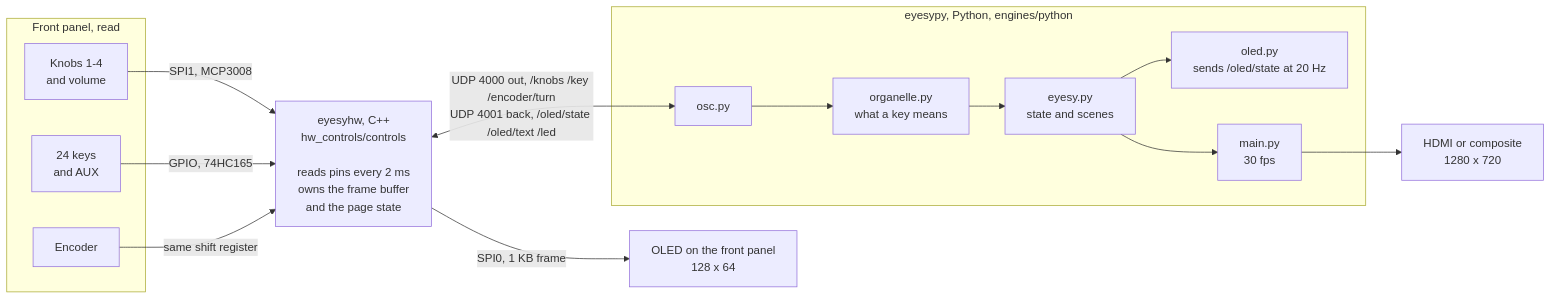
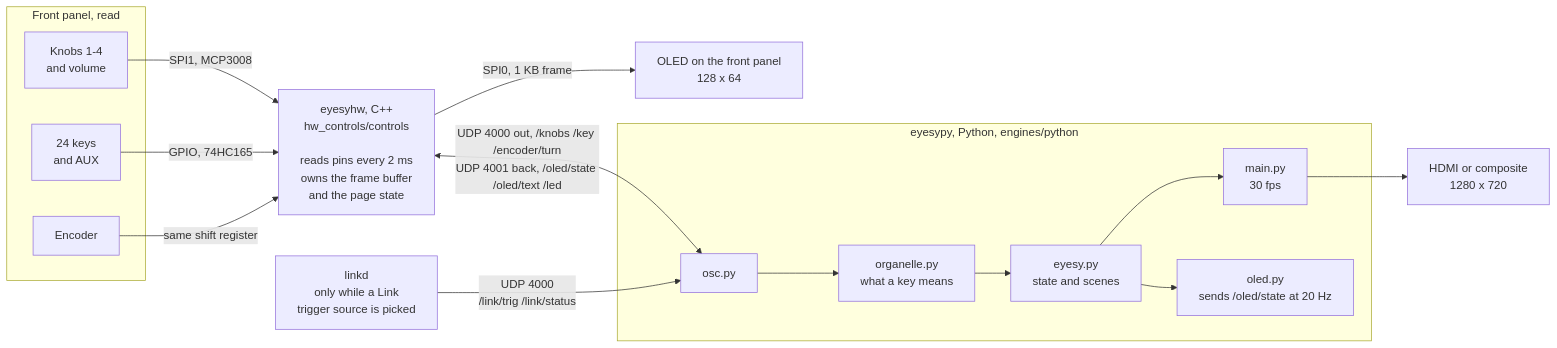
Before and after one commit to sumi104/eyesy-organelle: the diagram in platforms/organelle_s/README.md, drawn with Mermaid. The commit also changed other lines of this file, not shown here.

````diff
--- a/platforms/organelle_s/README.md
+++ b/platforms/organelle_s/README.md
@@ -30,31 +35,35 @@
 ```mermaid
 flowchart LR
     subgraph panel ["Front panel, read"]
         knobs["Knobs 1-4<br/>and volume"]
         keys["24 keys<br/>and AUX"]
         enc["Encoder"]
     end
 
     ctl["eyesyhw, C++<br/>hw_controls/controls<br/><br/>reads pins every 2 ms<br/>owns the frame buffer<br/>and the page state"]
 
     subgraph py ["eyesypy, Python, engines/python"]
         osc["osc.py"]
         org["organelle.py<br/>what a key means"]
         eng["eyesy.py<br/>state and scenes"]
         old["oled.py<br/>sends /oled/state at 20 Hz"]
         drw["main.py<br/>30 fps"]
     end
 
+    lnk["linkd<br/>only while a Link<br/>trigger source is picked"]
+
     oled["OLED on the front panel<br/>128 x 64"]
     out["HDMI or composite<br/>1280 x 720"]
 
     knobs -- "SPI1, MCP3008" --> ctl
     keys -- "GPIO, 74HC165" --> ctl
     enc -- "same shift register" --> ctl
     ctl -- "SPI0, 1 KB frame" --> oled
 
     ctl <-- "UDP 4000 out, /knobs /key /encoder/turn<br/>UDP 4001 back, /oled/state /oled/text /led" --> osc
 
+    lnk -- "UDP 4000<br/>/link/trig /link/status" --> osc
+
     osc --> org --> eng --> drw --> out
     eng --> old
 ```
````
